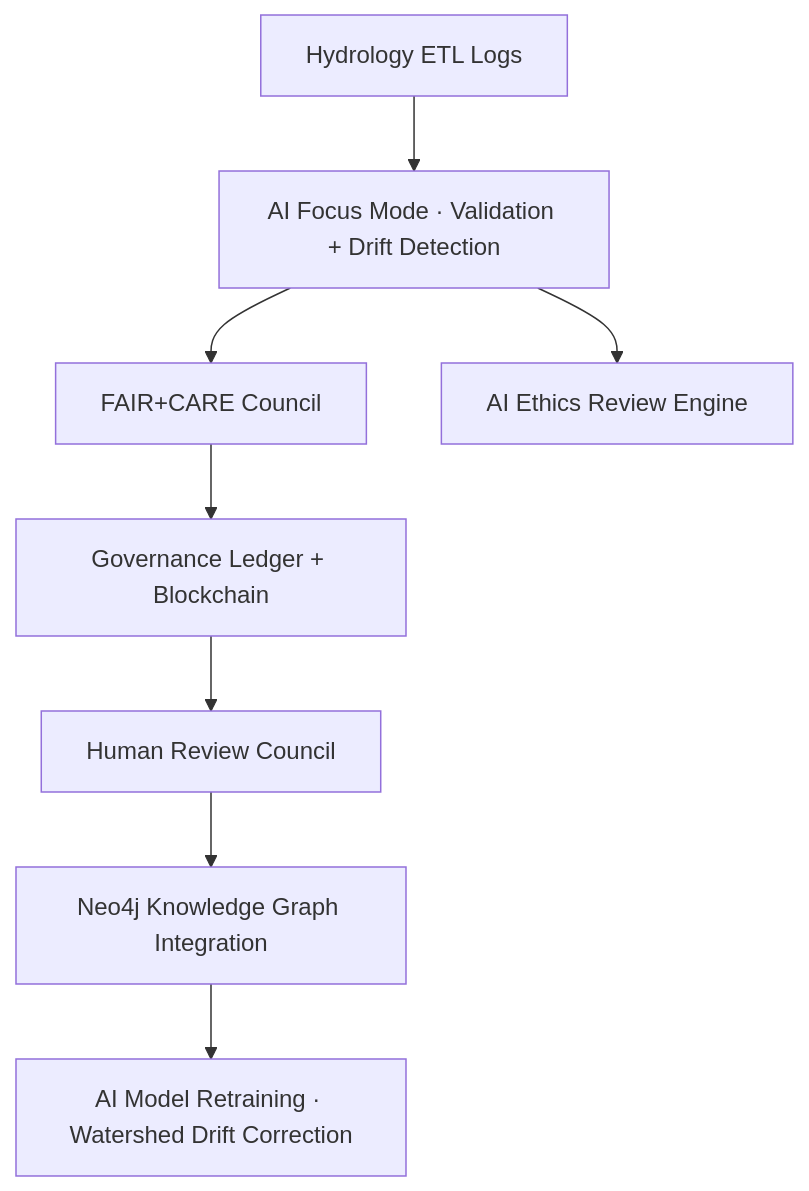
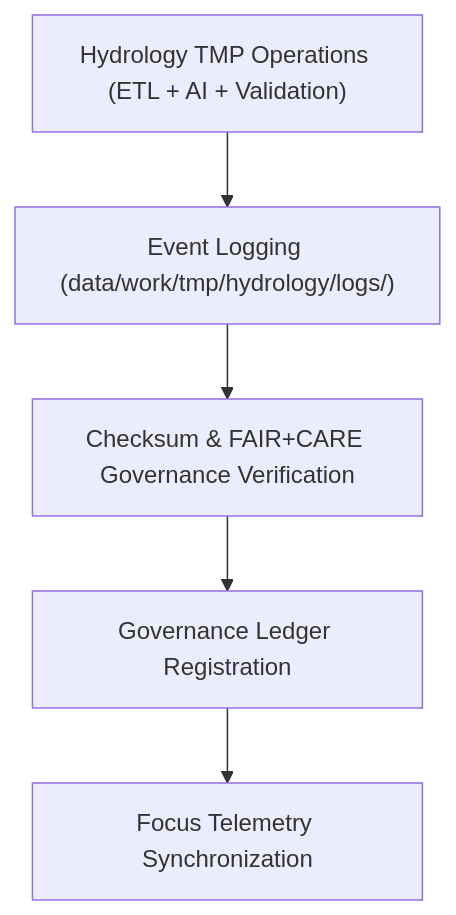
One commit to bartytime4life/Kansas-Frontier-Matrix changed the diagram in data/work/tmp/hydrology/logs/README.md. Above: the diagram before and after it, drawn with Mermaid. The commit also changed other lines of this file, not shown here.

````diff
--- a/data/work/tmp/hydrology/logs/README.md
+++ b/data/work/tmp/hydrology/logs/README.md
@@ -69,10 +75,7 @@
 ```mermaid
-graph TD
-A[Hydrology ETL Logs] --> B[AI Focus Mode · Validation + Drift Detection]
-B --> C[FAIR+CARE Council]
-B --> D[AI Ethics Review Engine]
-C --> E[Governance Ledger + Blockchain]
-E --> F[Human Review Council]
-F --> G[Neo4j Knowledge Graph Integration]
-G --> H[AI Model Retraining · Watershed Drift Correction]
+flowchart TD
+    A["Hydrology TMP Operations (ETL + AI + Validation)"] --> B["Event Logging (data/work/tmp/hydrology/logs/)"]
+    B --> C["Checksum & FAIR+CARE Governance Verification"]
+    C --> D["Governance Ledger Registration"]
+    D --> E["Focus Telemetry Synchronization"]
 ```
````
